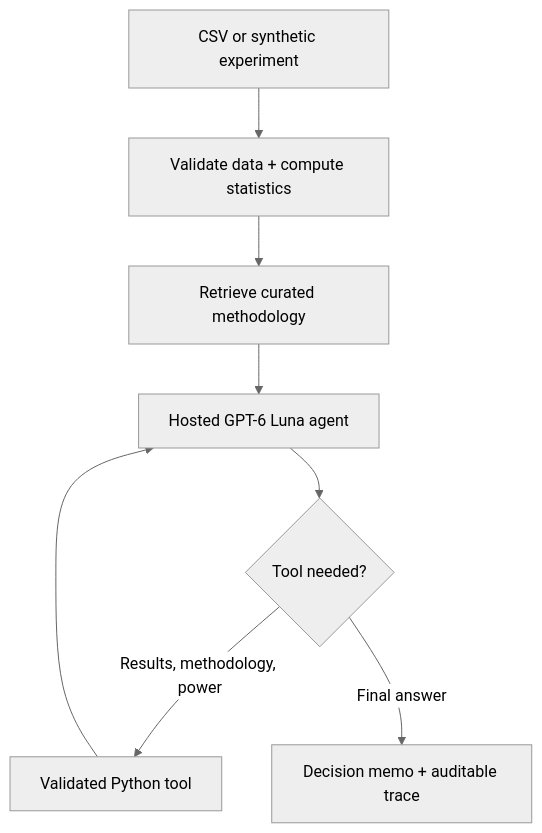
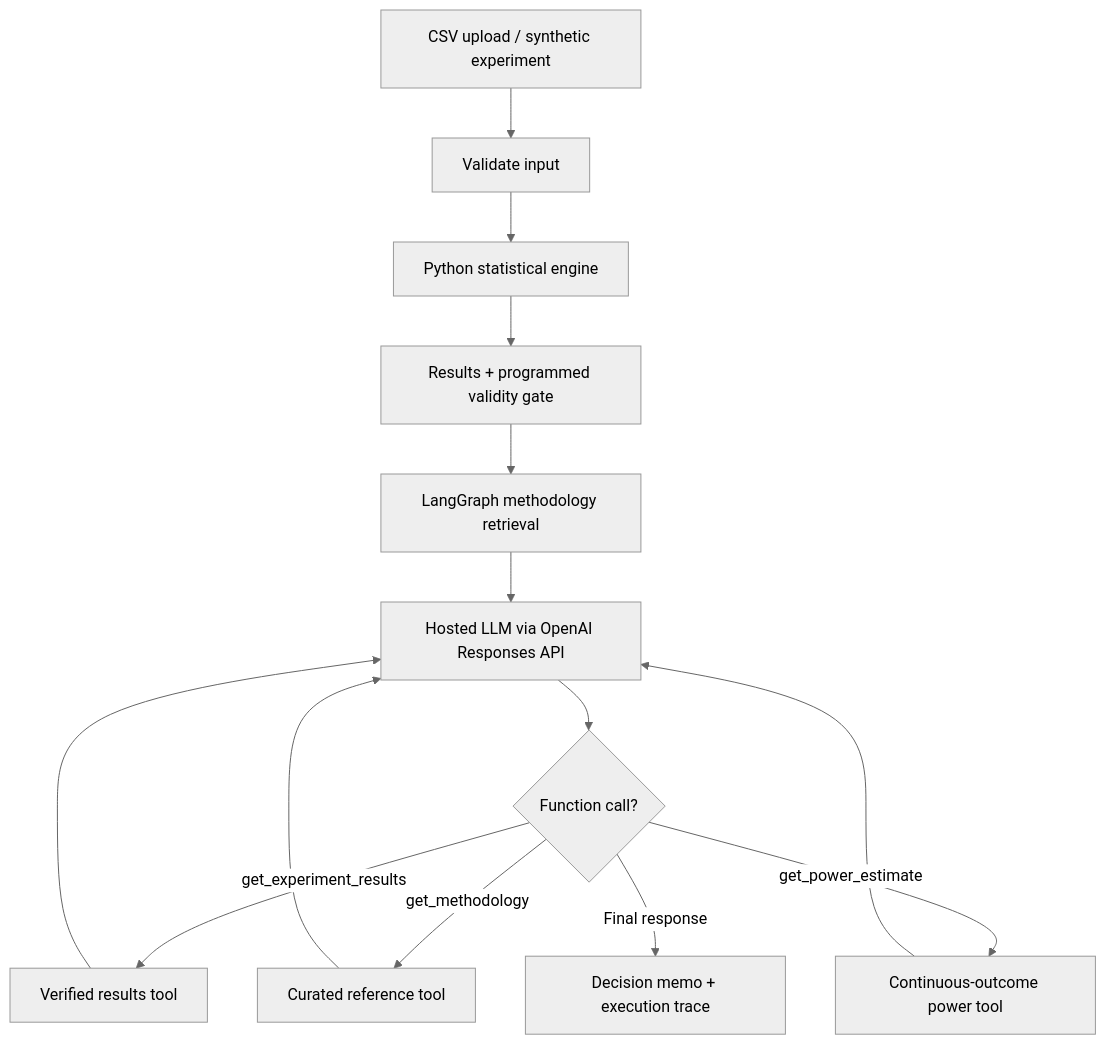
Before and after one commit to karthikeyansett1/-ExperimentIQ-Agent: the diagram in README.md, drawn with Mermaid (neutral theme). The commit also changed other lines of this file and 2 other files, not shown here.

````diff
--- a/README.md
+++ b/README.md
@@ -32,10 +69,16 @@
 ```mermaid
 flowchart TD
-    A[CSV or synthetic experiment] --> B[Validate data + compute statistics]
-    B --> C[Retrieve curated methodology]
-    C --> D[Hosted GPT-6 Luna agent]
-    D --> E{Tool needed?}
-    E -->|Results, methodology, power| F[Validated Python tool]
-    F --> D
-    E -->|Final answer| G[Decision memo + auditable trace]
+    A[CSV upload / synthetic experiment] --> B[Validate input]
+    B --> C[Python statistical engine]
+    C --> D[Results + programmed validity gate]
+    D --> E[LangGraph methodology retrieval]
+    E --> F[Hosted LLM via OpenAI Responses API]
+    F --> G{Function call?}
+    G -->|get_experiment_results| H[Verified results tool]
+    G -->|get_methodology| I[Curated reference tool]
+    G -->|get_power_estimate| J[Continuous-outcome power tool]
+    H --> F
+    I --> F
+    J --> F
+    G -->|Final response| K[Decision memo + execution trace]
 ```
````
